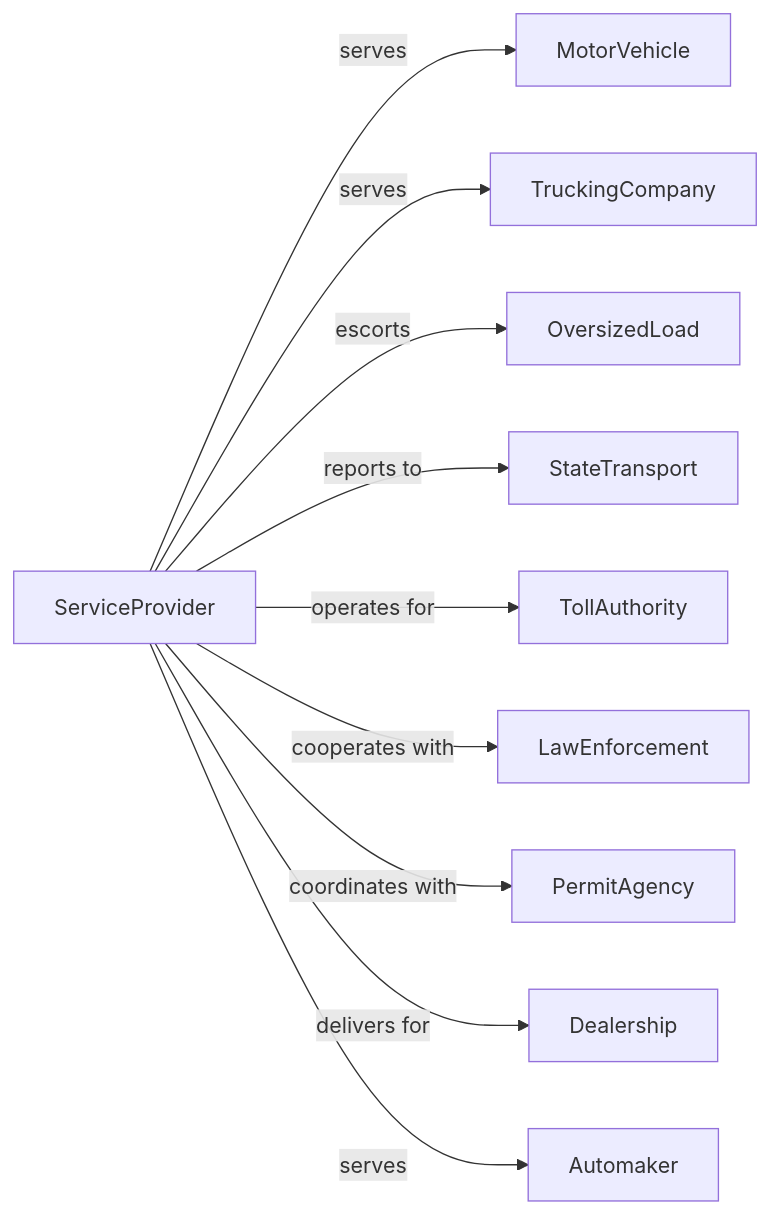
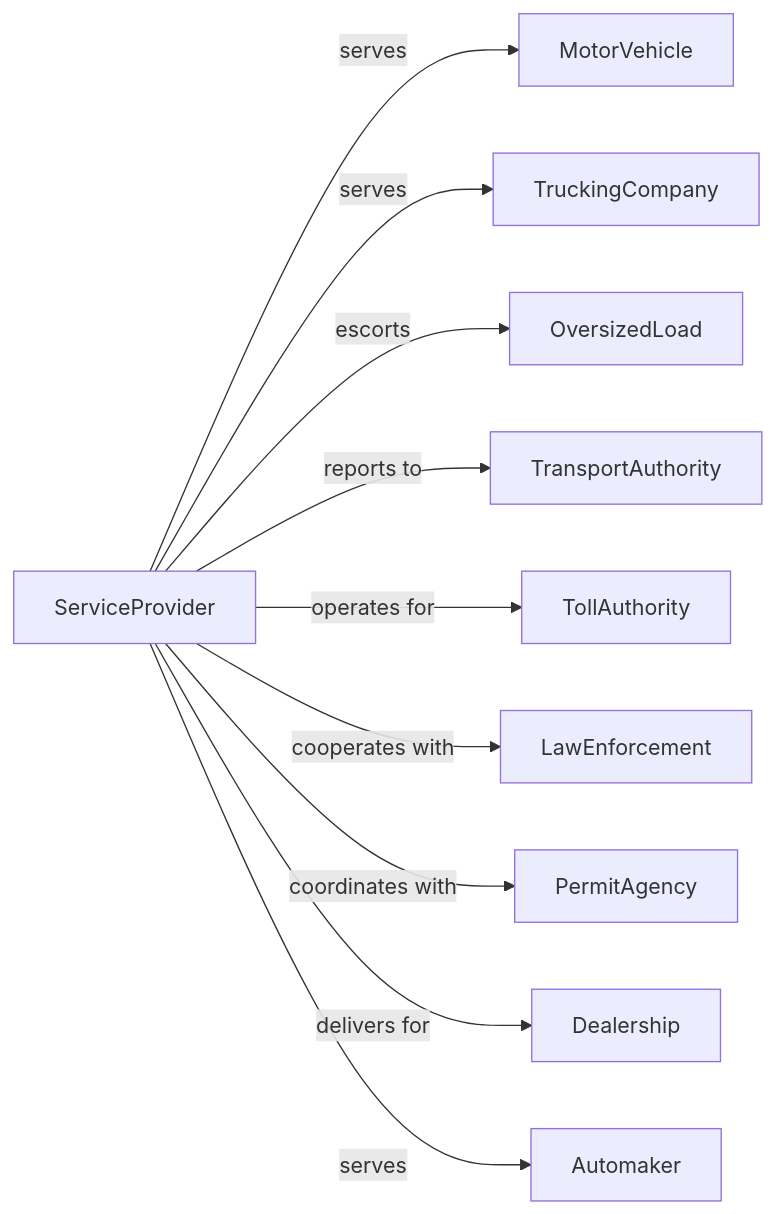
Before and after one commit to dot-org-ai/industries.org.ai: the second of 2 diagrams in Transportation/SupportActivitiesForTransportation/SupportActivitiesForRoadTransportation/OtherSupportActivitiesForRoadTransportation.mdx, drawn with Mermaid. The commit also changed other lines of this file and 639 other files, not shown here.

````diff
--- a/Transportation/SupportActivitiesForTransportation/SupportActivitiesForRoadTransportation/OtherSupportActivitiesForRoadTransportation.mdx
+++ b/Transportation/SupportActivitiesForTransportation/SupportActivitiesForRoadTransportation/OtherSupportActivitiesForRoadTransportation.mdx
@@ -135,14 +135,14 @@
 ```mermaid
 graph LR
     S[ServiceProvider]
 
     S -->|serves| MotorVehicle
     S -->|serves| TruckingCompany
     S -->|escorts| OversizedLoad
-    S -->|reports to| StateTransport
+    S -->|reports to| TransportAuthority
     S -->|operates for| TollAuthority
     S -->|cooperates with| LawEnforcement
     S -->|coordinates with| PermitAgency
     S -->|delivers for| Dealership
     S -->|serves| Automaker
 ```
````
